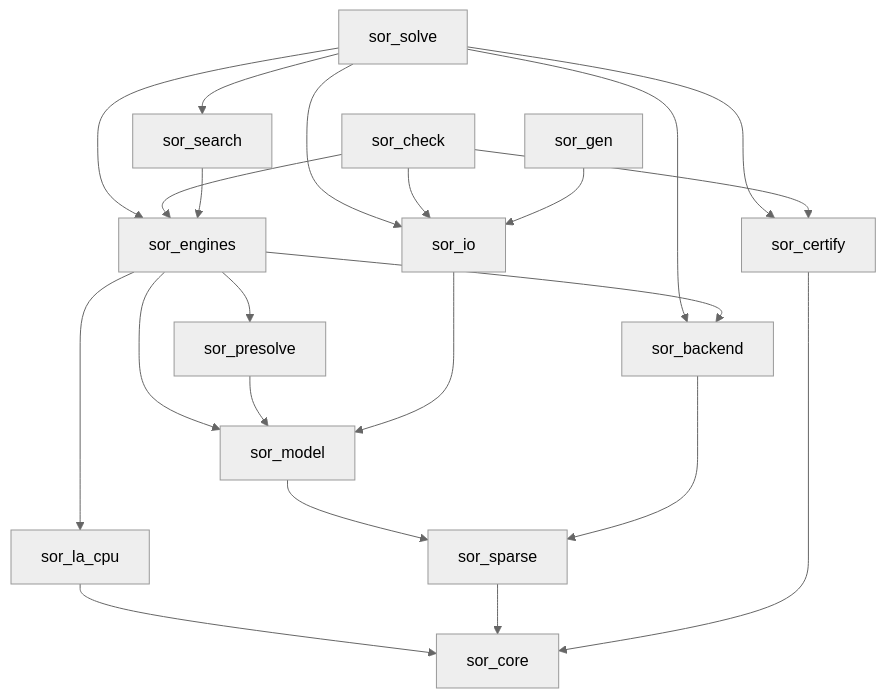
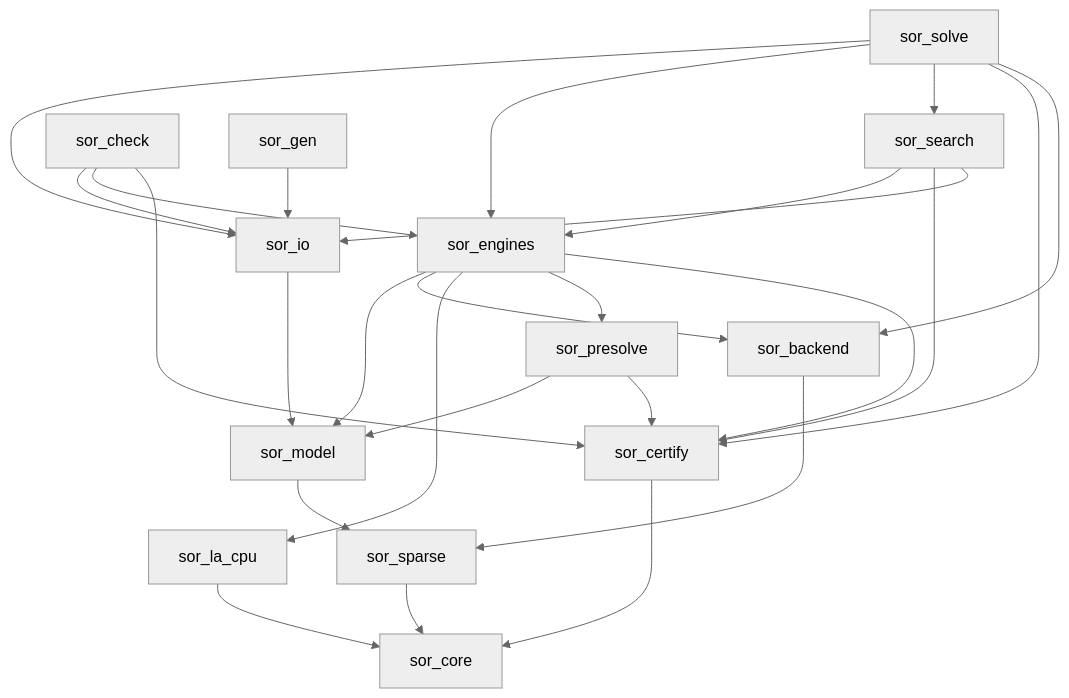
The first of 5 diagrams in docs/architecture.md (YashSuthar983/Forge), drawn with Mermaid (neutral theme) before and after one commit. The commit also changed other lines of this file and 26 other files, not shown here.

````diff
--- a/docs/architecture.md
+++ b/docs/architecture.md
@@ -74,16 +74,16 @@
 ```mermaid
 flowchart TB
   solve[sor_solve] --> io & eng & search & cert & be
   check[sor_check] --> io & eng & cert
   gen[sor_gen] --> io
-  search[sor_search] --> eng
-  eng[sor_engines] --> model & be & la & pre
-  pre[sor_presolve] --> model
+  search[sor_search] --> eng & cert & io
+  eng[sor_engines] --> model & be & la & pre & cert
+  pre[sor_presolve] --> model & cert
   io[sor_io] --> model
   model[sor_model] --> sp
   be[sor_backend] --> sp
   la[sor_la_cpu] --> core
   sp[sor_sparse] --> core
   cert[sor_certify] --> core
   core[sor_core]
 ```
````
